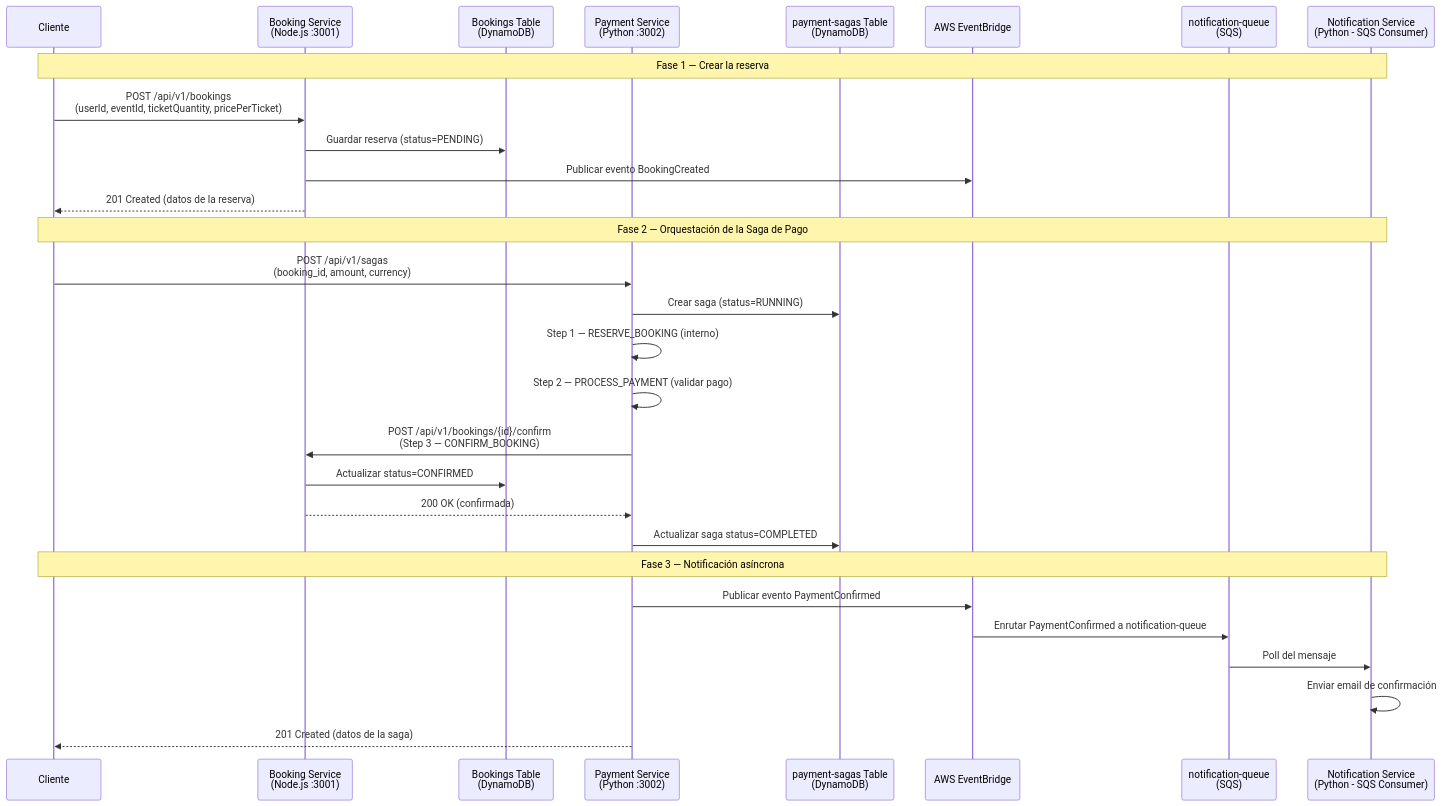
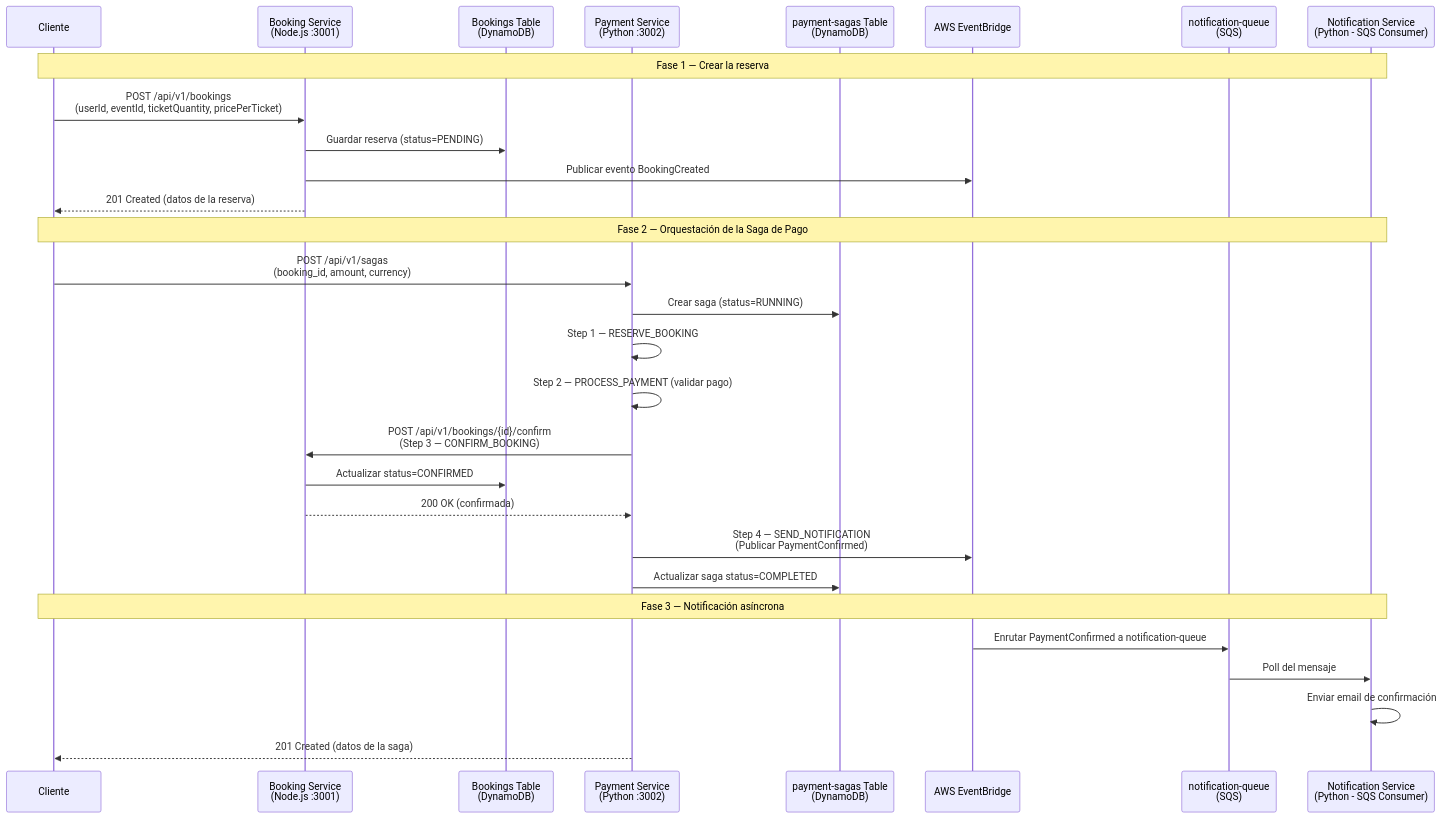
Before and after one commit to nicoupc/Cloud-Native-Architecture-Challenge: the second of 4 diagrams in docs/sequence-diagrams.md, drawn with Mermaid. The commit also changed other lines of this file and 7 other files, not shown here.

First line of the commit message:
docs: translate ADRs to Spanish, improve C4 diagram and sequence diagrams

````diff
--- a/docs/sequence-diagrams.md
+++ b/docs/sequence-diagrams.md
@@ -49,37 +53,37 @@
 ```mermaid
 sequenceDiagram
     participant User as Cliente
     participant BookingService as Booking Service<br/>(Node.js :3001)
     participant DynamoDB_B as Bookings Table<br/>(DynamoDB)
     participant PaymentService as Payment Service<br/>(Python :3002)
     participant DynamoDB_P as payment-sagas Table<br/>(DynamoDB)
     participant EventBridge as AWS EventBridge
     participant SQS as notification-queue<br/>(SQS)
     participant NotificationService as Notification Service<br/>(Python - SQS Consumer)
 
     Note over User,NotificationService: Fase 1 — Crear la reserva
 
     User->>BookingService: POST /api/v1/bookings<br/>(userId, eventId, ticketQuantity, pricePerTicket)
     BookingService->>DynamoDB_B: Guardar reserva (status=PENDING)
     BookingService->>EventBridge: Publicar evento BookingCreated
     BookingService-->>User: 201 Created (datos de la reserva)
 
     Note over User,NotificationService: Fase 2 — Orquestación de la Saga de Pago
 
     User->>PaymentService: POST /api/v1/sagas<br/>(booking_id, amount, currency)
     PaymentService->>DynamoDB_P: Crear saga (status=RUNNING)
-    PaymentService->>PaymentService: Step 1 — RESERVE_BOOKING (interno)
+    PaymentService->>PaymentService: Step 1 — RESERVE_BOOKING
     PaymentService->>PaymentService: Step 2 — PROCESS_PAYMENT (validar pago)
     PaymentService->>BookingService: POST /api/v1/bookings/{id}/confirm<br/>(Step 3 — CONFIRM_BOOKING)
     BookingService->>DynamoDB_B: Actualizar status=CONFIRMED
     BookingService-->>PaymentService: 200 OK (confirmada)
+    PaymentService->>EventBridge: Step 4 — SEND_NOTIFICATION<br/>(Publicar PaymentConfirmed)
     PaymentService->>DynamoDB_P: Actualizar saga status=COMPLETED
 
     Note over User,NotificationService: Fase 3 — Notificación asíncrona
 
-    PaymentService->>EventBridge: Publicar evento PaymentConfirmed
     EventBridge->>SQS: Enrutar PaymentConfirmed a notification-queue
     SQS->>NotificationService: Poll del mensaje
     NotificationService->>NotificationService: Enviar email de confirmación
     PaymentService-->>User: 201 Created (datos de la saga)
 ```
````
